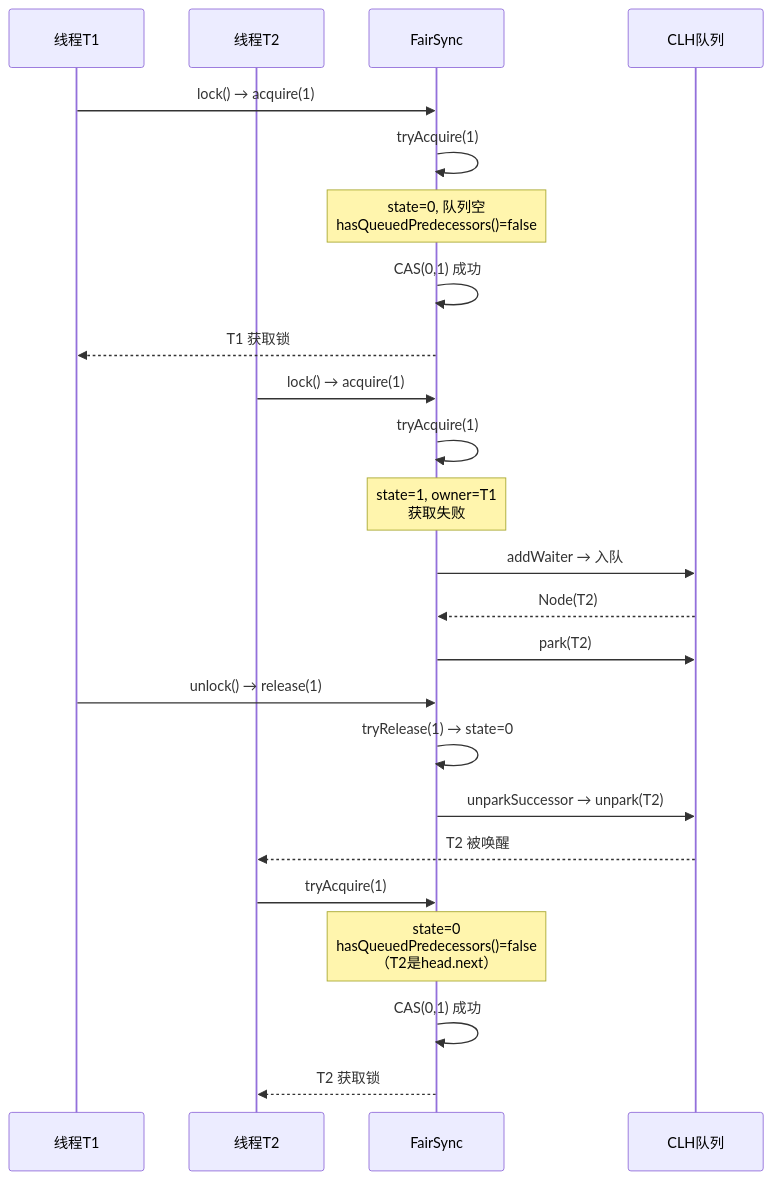
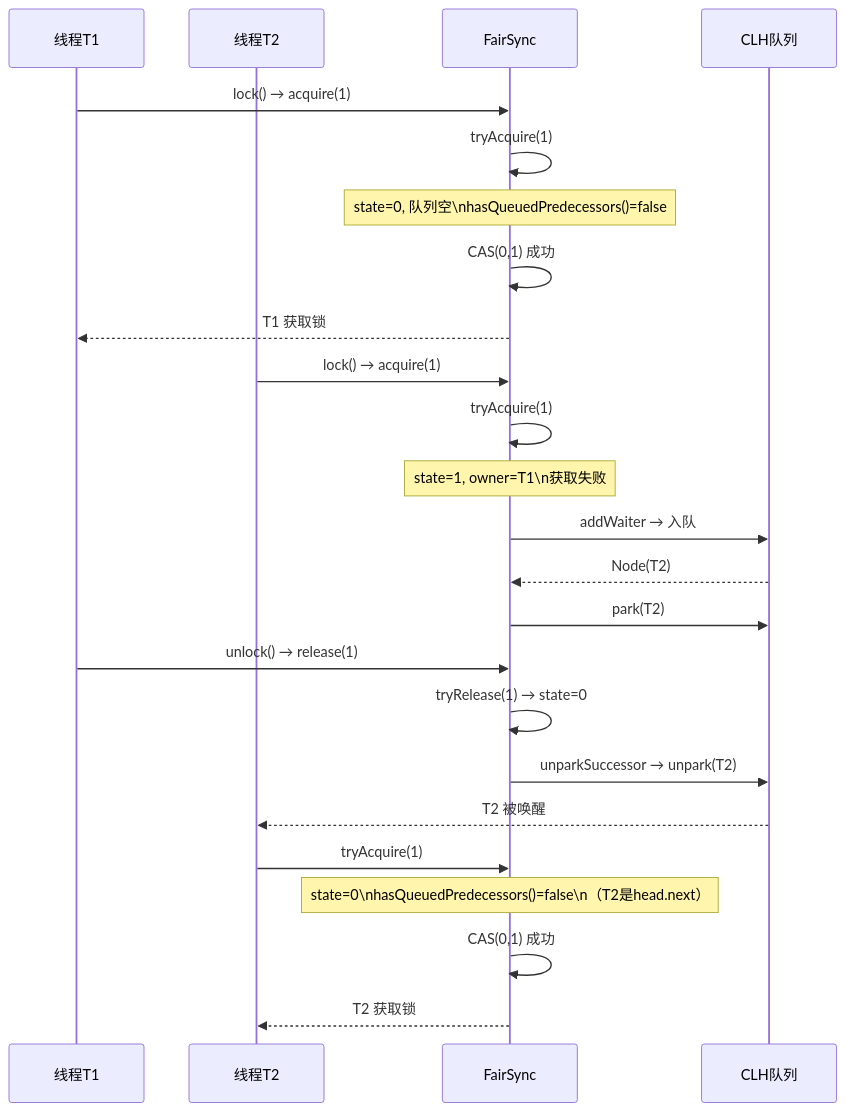
The fourth of 9 diagrams in content/posts/concurrency/ReentrantLock.md (yaocat55/yaocat55.github.io), drawn with Mermaid before and after one commit. The commit also changed other lines of this file and 155 other files, not shown here.

````diff
--- a/content/posts/concurrency/ReentrantLock.md
+++ b/content/posts/concurrency/ReentrantLock.md
@@ -315,29 +329,29 @@
 ```mermaid
 sequenceDiagram
     participant T1 as 线程T1
     participant T2 as 线程T2
     participant FS as FairSync
     participant Q as CLH队列
 
     T1->>FS: lock() → acquire(1)
     FS->>FS: tryAcquire(1)
-    Note over FS: state=0, 队列空<br/>hasQueuedPredecessors()=false
+    Note over FS: state=0, 队列空\nhasQueuedPredecessors()=false
     FS->>FS: CAS(0,1) 成功
     FS-->>T1: T1 获取锁
 
     T2->>FS: lock() → acquire(1)
     FS->>FS: tryAcquire(1)
-    Note over FS: state=1, owner=T1<br/>获取失败
+    Note over FS: state=1, owner=T1\n获取失败
     FS->>Q: addWaiter → 入队
     Q-->>FS: Node(T2)
     FS->>Q: park(T2)
 
     T1->>FS: unlock() → release(1)
     FS->>FS: tryRelease(1) → state=0
     FS->>Q: unparkSuccessor → unpark(T2)
     Q-->>T2: T2 被唤醒
     T2->>FS: tryAcquire(1)
-    Note over FS: state=0<br/>hasQueuedPredecessors()=false<br/>（T2是head.next）
+    Note over FS: state=0\nhasQueuedPredecessors()=false\n（T2是head.next）
     FS->>FS: CAS(0,1) 成功
     FS-->>T2: T2 获取锁
 ```
````
